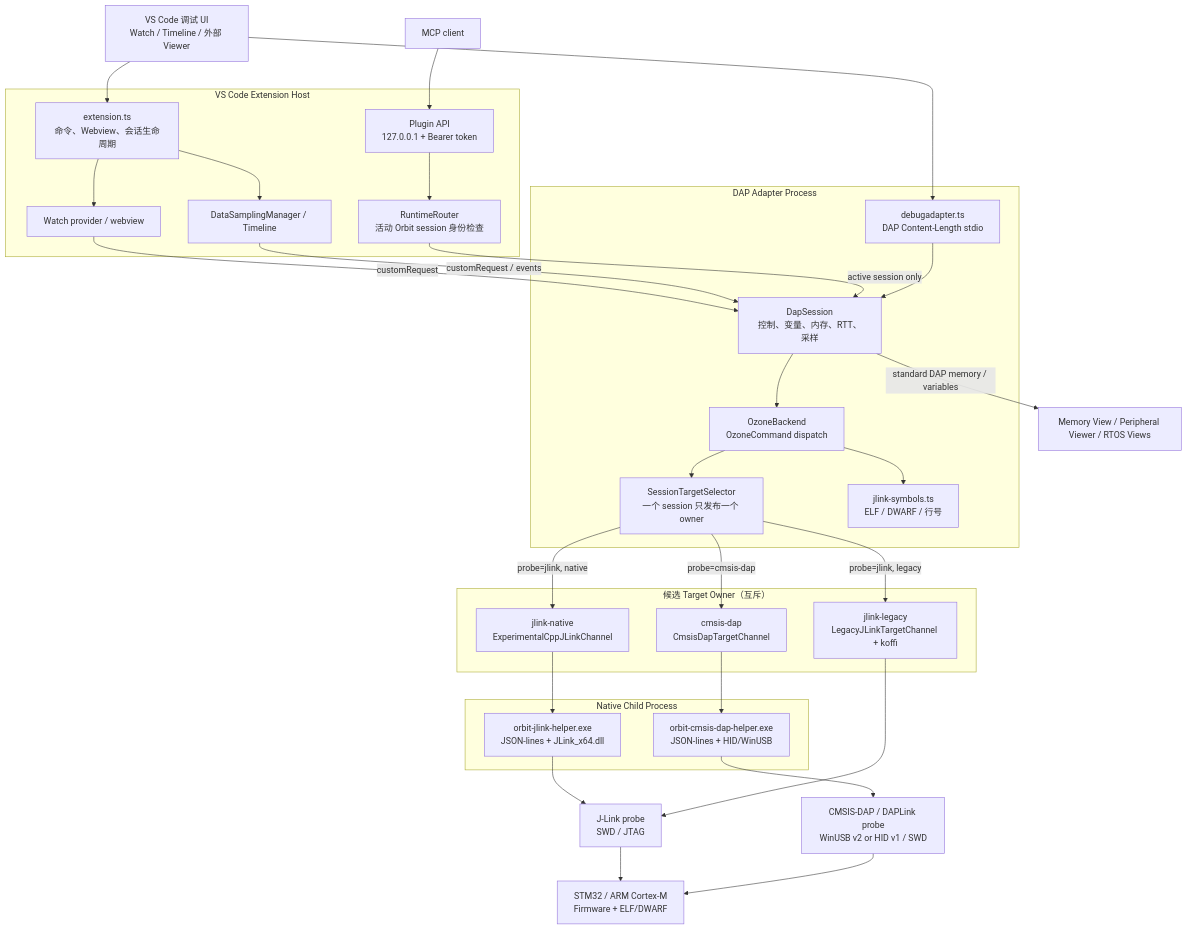
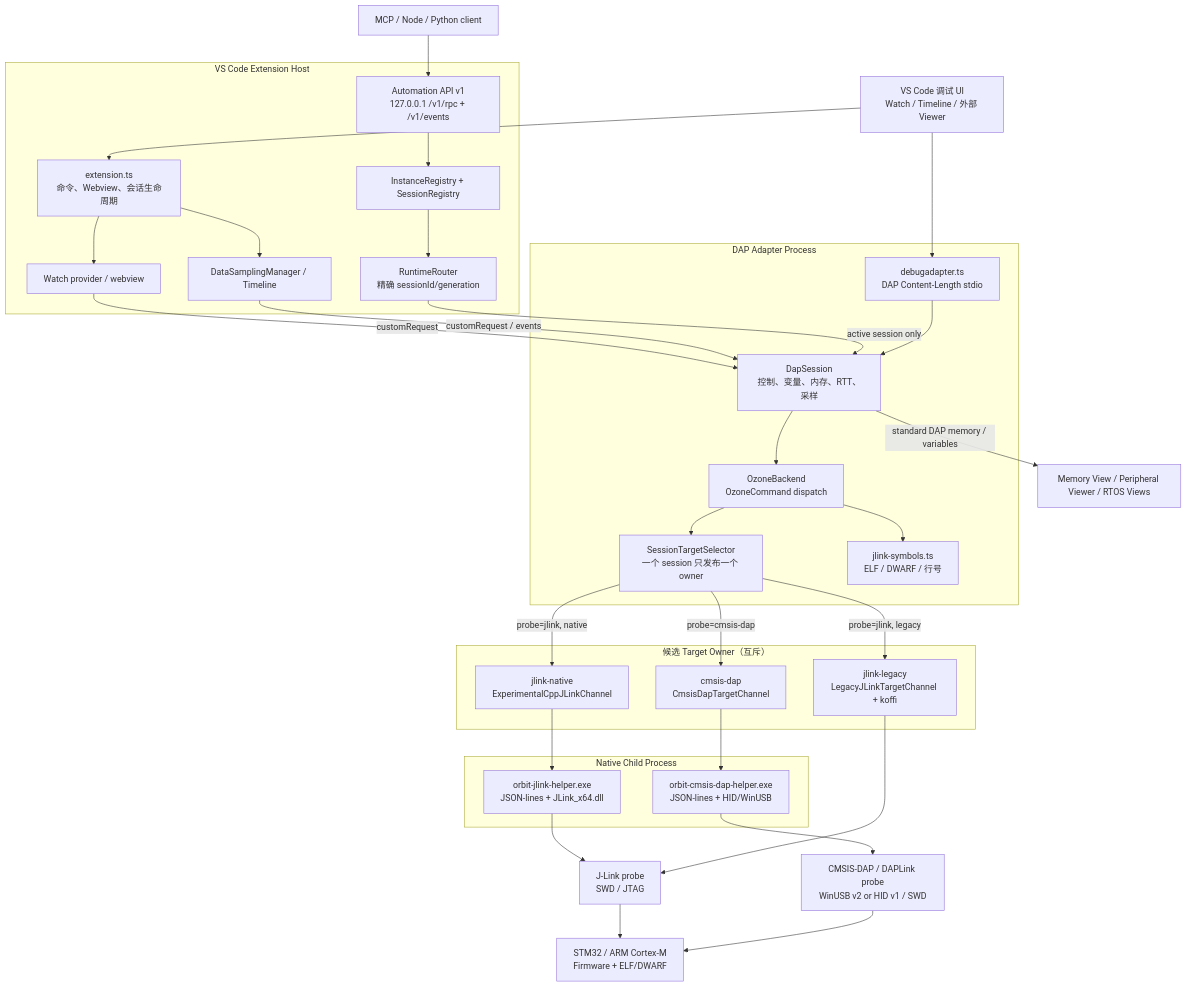
The diagram in docs/architecture.md (zhuangyan114/Orbit), drawn with Mermaid before and after one commit. The commit also changed other lines of this file and 147 other files, not shown here.

First line of the commit message:
feat: ship Orbit Automation API v1 as 1.1.1

````diff
--- a/docs/architecture.md
+++ b/docs/architecture.md
@@ -5,55 +5,57 @@
 ```mermaid
 flowchart TD
     VSCode["VS Code 调试 UI\nWatch / Timeline / 外部 Viewer"]
-    MCP["MCP client"]
+    MCP["MCP / Node / Python client"]
 
     subgraph Host["VS Code Extension Host"]
         Ext["extension.ts\n命令、Webview、会话生命周期"]
-        Router["RuntimeRouter\n活动 Orbit session 身份检查"]
-        Api["Plugin API\n127.0.0.1 + Bearer token"]
+        Router["RuntimeRouter\n精确 sessionId/generation"]
+        Api["Automation API v1\n127.0.0.1 /v1/rpc + /v1/events"]
+        Registry["InstanceRegistry + SessionRegistry"]
         Watch["Watch provider / webview"]
         Timeline["DataSamplingManager / Timeline"]
     end
 
     subgraph Adapter["DAP Adapter Process"]
         Entry["debugadapter.ts\nDAP Content-Length stdio"]
         Session["DapSession\n控制、变量、内存、RTT、采样"]
         Backend["OzoneBackend\nOzoneCommand dispatch"]
         Selector["SessionTargetSelector\n一个 session 只发布一个 owner"]
         Symbols["jlink-symbols.ts\nELF / DWARF / 行号"]
     end
 
     subgraph Owners["候选 Target Owner（互斥）"]
         JNative["jlink-native\nExperimentalCppJLinkChannel"]
         JLegacy["jlink-legacy\nLegacyJLinkTargetChannel + koffi"]
         Cmsis["cmsis-dap\nCmsisDapTargetChannel"]
     end
 
     subgraph Helpers["Native Child Process"]
         JHelper["orbit-jlink-helper.exe\nJSON-lines + JLink_x64.dll"]
         CHelper["orbit-cmsis-dap-helper.exe\nJSON-lines + HID/WinUSB"]
     end
 
     JLink["J-Link probe\nSWD / JTAG"]
     DapProbe["CMSIS-DAP / DAPLink probe\nWinUSB v2 or HID v1 / SWD"]
     Target["STM32 / ARM Cortex-M\nFirmware + ELF/DWARF"]
     ExternalViews["Memory View / Peripheral Viewer / RTOS Views"]
 
     VSCode --> Entry
     VSCode --> Ext
-    MCP --> Api --> Router
+    MCP --> Api --> Registry
+    Registry --> Router
     Ext --> Watch
     Ext --> Timeline
     Watch -->|"customRequest"| Session
     Timeline -->|"customRequest / events"| Session
     Router -->|"active session only"| Session
     Entry --> Session --> Backend --> Selector
     Backend --> Symbols
     Session -->|"standard DAP memory / variables"| ExternalViews
 
     Selector -->|"probe=jlink, native"| JNative --> JHelper --> JLink
     Selector -->|"probe=jlink, legacy"| JLegacy --> JLink
     Selector -->|"probe=cmsis-dap"| Cmsis --> CHelper --> DapProbe
     JLink --> Target
     DapProbe --> Target
 ```
````
